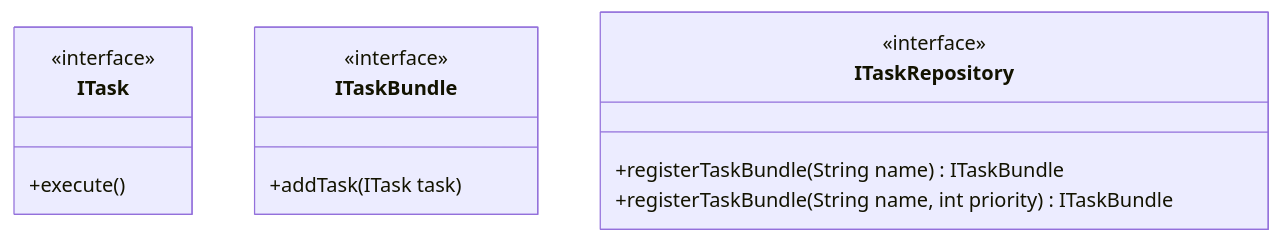
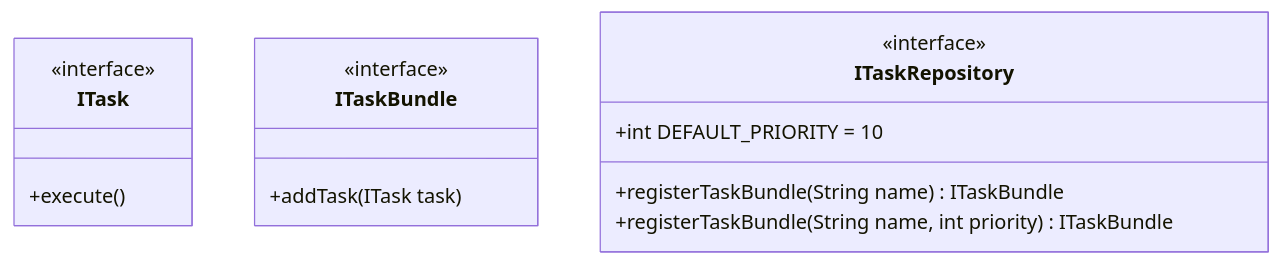
Before and after one commit to Inactionware/uapi.doc: the second of 2 diagrams in design/hd/Execution of Behavior.md, drawn with Mermaid. The commit also changed 2 other files, not shown here.

Commit message:
Detailed design for UTM

````diff
--- a/design/hd/Execution of Behavior.md
+++ b/design/hd/Execution of Behavior.md
@@ -91,19 +91,20 @@
 ```mermaid
 classDiagram
 
 class ITask {
 	<<interface>>
 	+execute()
 }
 
 class ITaskBundle {
 	<<interface>>
 	+addTask(ITask task)
 }
 
 class ITaskRepository {
 	<<interface>>
+	+int DEFAULT_PRIORITY = 10
 	+registerTaskBundle(String name) ITaskBundle
 	+registerTaskBundle(String name, int priority) ITaskBundle
 }
 ```
````
